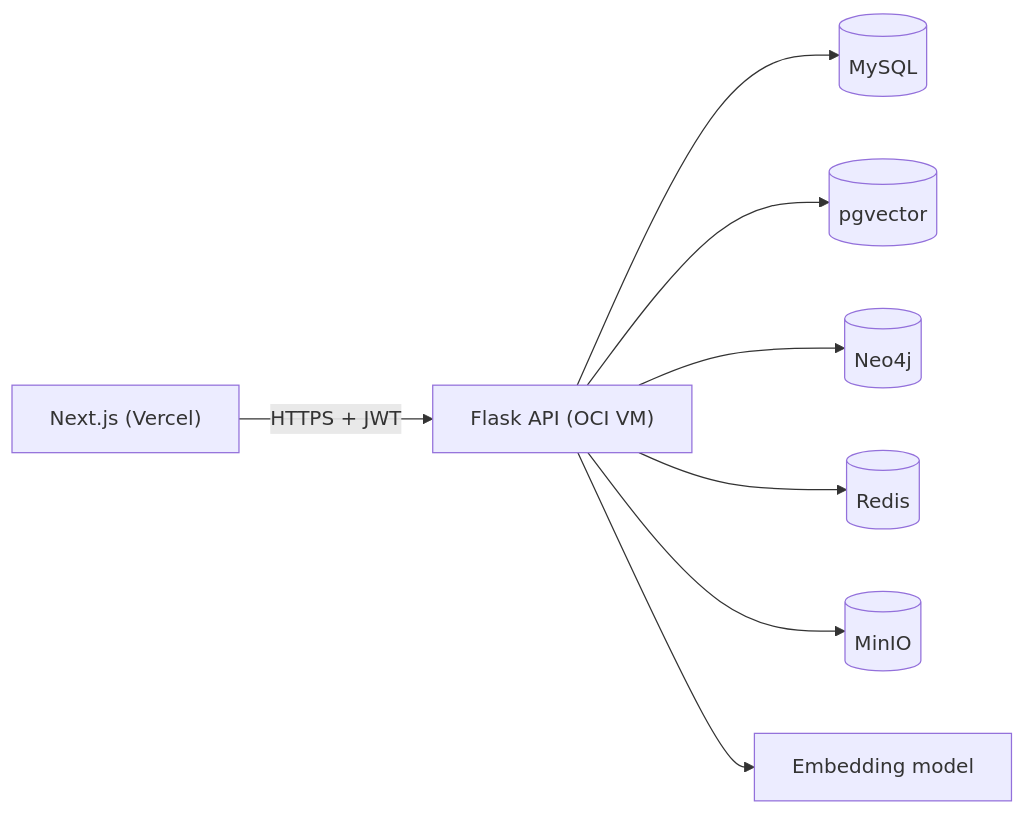
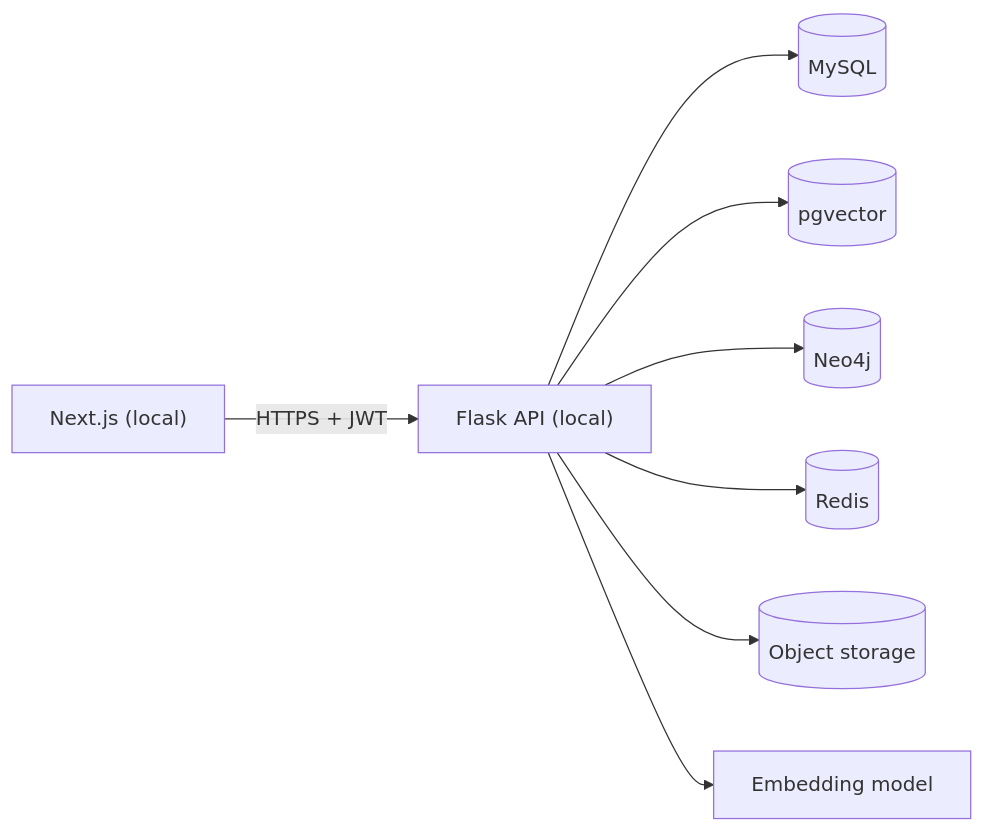
The diagram in docs/ADD.md (TahirSiddique092/prism), drawn with Mermaid before and after one commit. The commit also changed other lines of this file and 12 other files, not shown here.

````diff
--- a/docs/ADD.md
+++ b/docs/ADD.md
@@ -19,19 +21,19 @@
 ```mermaid
 flowchart LR
-    Client["Next.js (Vercel)"]
-    API["Flask API (OCI VM)"]
+    Client["Next.js (local)"]
+    API["Flask API (local)"]
     MySQL[("MySQL")]
     PG[("pgvector")]
     Neo4j[("Neo4j")]
     Redis[("Redis")]
-    MinIO[("MinIO")]
+    MinIO[("Object storage")]
     Embed["Embedding model"]
 
     Client -->|HTTPS + JWT| API
     API --> MySQL
     API --> PG
     API --> Neo4j
     API --> Redis
     API --> MinIO
     API --> Embed
 ```
````
